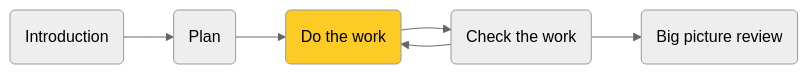
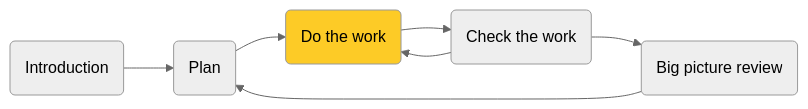
Before and after one commit to Inflectra/spira-documentation: the diagram in docs/SpiraPlan-Quick-Start-Guide/do-the-work.md, drawn with Mermaid (neutral theme). The commit also changed 4 other files, not shown here.

Commit message:
diagram fix

````diff
--- a/docs/SpiraPlan-Quick-Start-Guide/do-the-work.md
+++ b/docs/SpiraPlan-Quick-Start-Guide/do-the-work.md
@@ -2,10 +2,10 @@
 ``` mermaid
   flowchart LR
   id1(Introduction) --> id2
   id2(Plan) --> id3
   id3(Do the work) --> id4
   id4(Check the work) --> id5 & id3
-  id5(Big picture review)
+  id5(Big picture review) --> id2
 
   style id3 fill:#fdcb26
 ```
````
